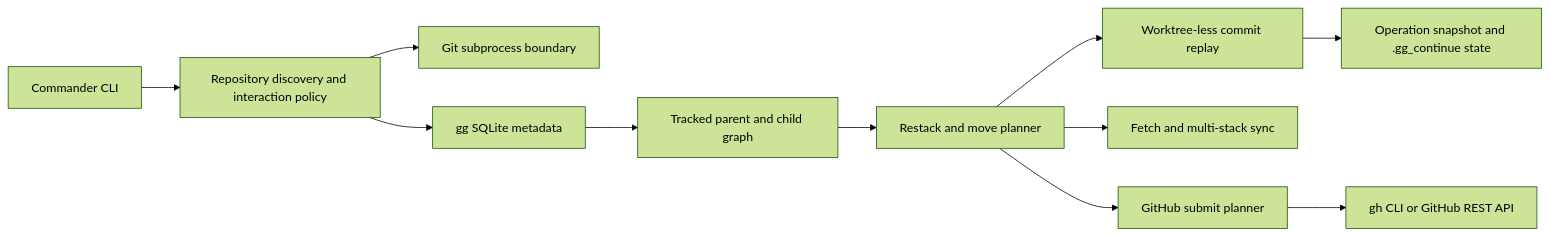
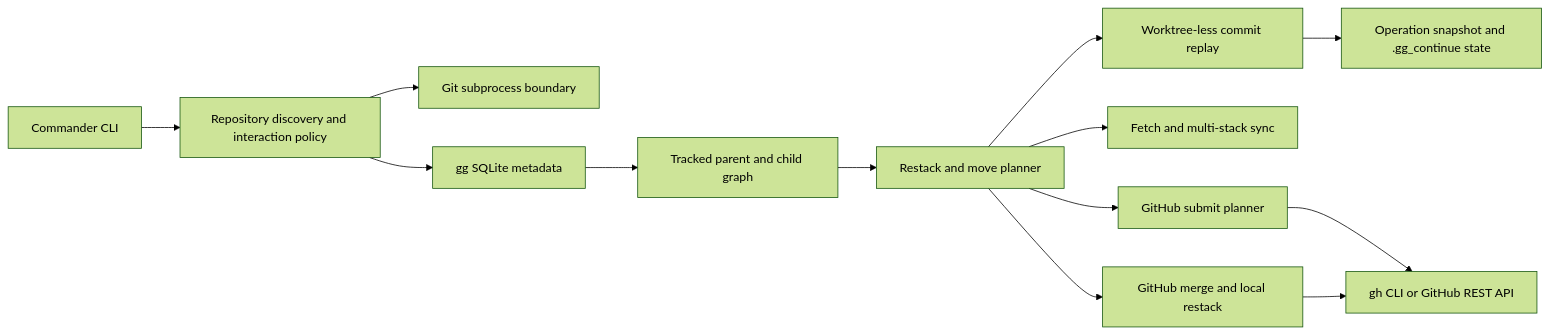
The diagram in docs/architecture.md (sam-hu/gg), drawn with Mermaid (forest theme) before and after one commit. The commit also changed other lines of this file and 16 other files, not shown here.

````diff
--- a/docs/architecture.md
+++ b/docs/architecture.md
@@ -5,13 +5,15 @@
 ```mermaid
 flowchart LR
   CLI["Commander CLI"] --> Context["Repository discovery and interaction policy"]
   Context --> Git["Git subprocess boundary"]
   Context --> Store["gg SQLite metadata"]
   Store --> Graph["Tracked parent and child graph"]
   Graph --> Planner["Restack and move planner"]
   Planner --> Replay["Worktree-less commit replay"]
   Replay --> Journal["Operation snapshot and .gg_continue state"]
   Planner --> Sync["Fetch and multi-stack sync"]
   Planner --> Submit["GitHub submit planner"]
+  Planner --> Merge["GitHub merge and local restack"]
   Submit --> GH["gh CLI or GitHub REST API"]
+  Merge --> GH
 ```
````
